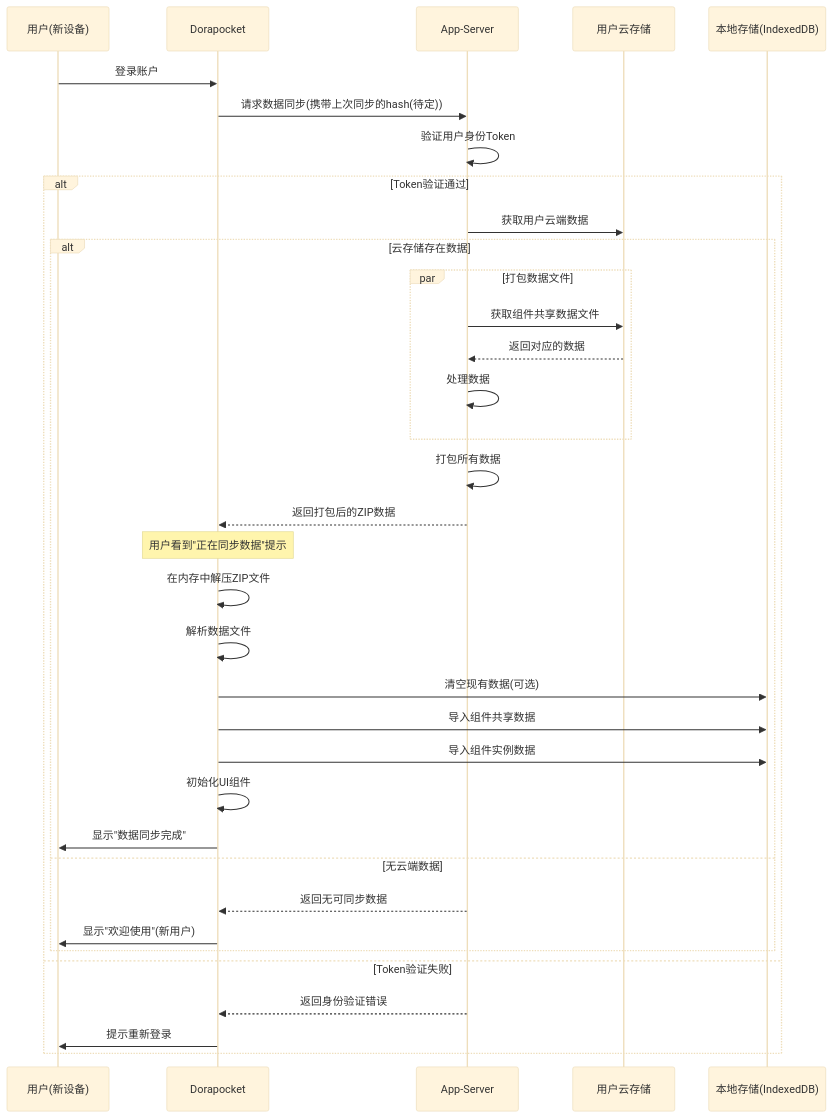
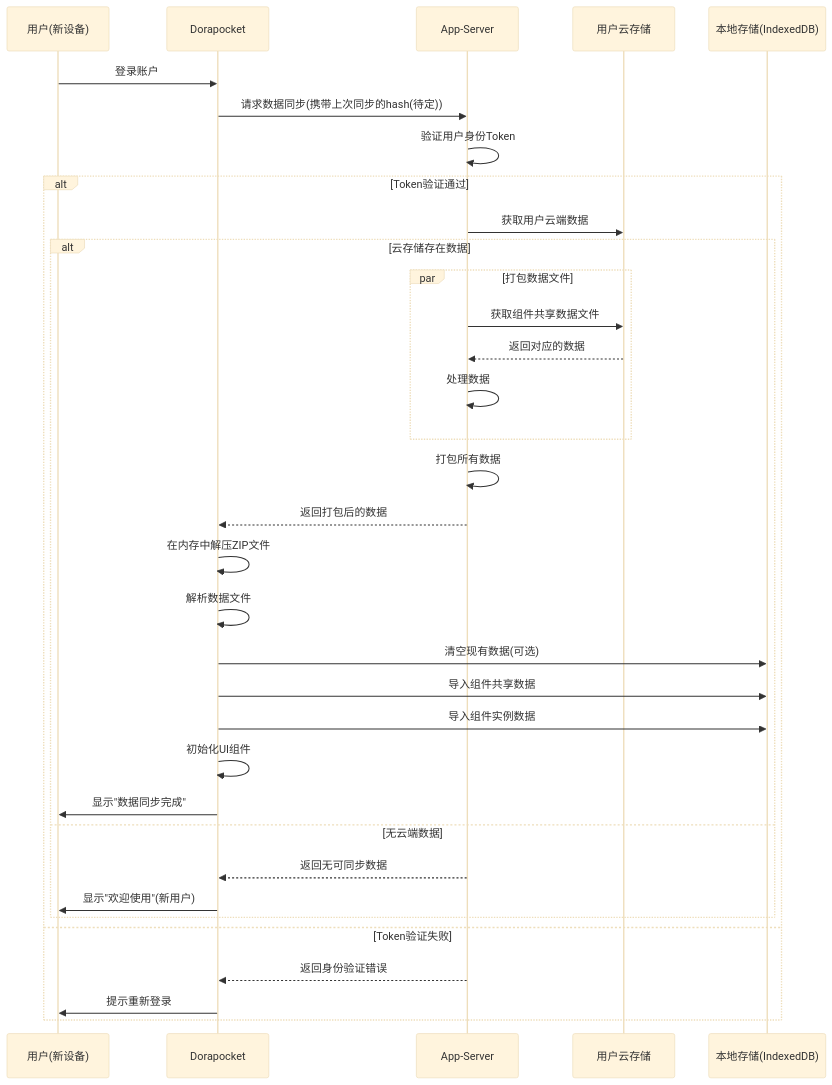
Before and after one commit to yingjianzh/iodraw-files: the diagram in all/未命名-38.md, drawn with Mermaid (base theme).

Commit message:
2025-04-21 14:00:16 update

````diff
--- a/all/未命名-38.md
+++ b/all/未命名-38.md
@@ -1,48 +1,48 @@
 ```mermaid
 sequenceDiagram
     participant User as 用户(新设备)
     participant App as Dorapocket
     participant AppServer as App-Server
     participant UserCloud as 用户云存储
     participant LocalDB as 本地存储(IndexedDB)
     
     User->>App: 登录账户
     
     App->>AppServer: 请求数据同步(携带上次同步的hash(待定))
     AppServer->>AppServer: 验证用户身份Token
     
     alt Token验证通过
         AppServer->>UserCloud: 获取用户云端数据
         
         
         alt 云存储存在数据
             par 打包数据文件
                 AppServer->>UserCloud: 获取组件共享数据文件
                 UserCloud-->>AppServer: 返回对应的数据
                 
                 AppServer->>AppServer: 处理数据
             end
             
             AppServer->>AppServer: 打包所有数据
-            AppServer-->>App: 返回打包后的ZIP数据
+            AppServer-->>App: 返回打包后的数据
             
-            Note over App: 用户看到"正在同步数据"提示
+
             
             App->>App: 在内存中解压ZIP文件
             App->>App: 解析数据文件
             
             App->>LocalDB: 清空现有数据(可选)
             App->>LocalDB: 导入组件共享数据
             App->>LocalDB: 导入组件实例数据
             
             App->>App: 初始化UI组件
             App->>User: 显示"数据同步完成"
         else 无云端数据
             AppServer-->>App: 返回无可同步数据
             App->>User: 显示"欢迎使用"(新用户)
         end
     else Token验证失败
         AppServer-->>App: 返回身份验证错误
         App->>User: 提示重新登录
     end
 ```
````
